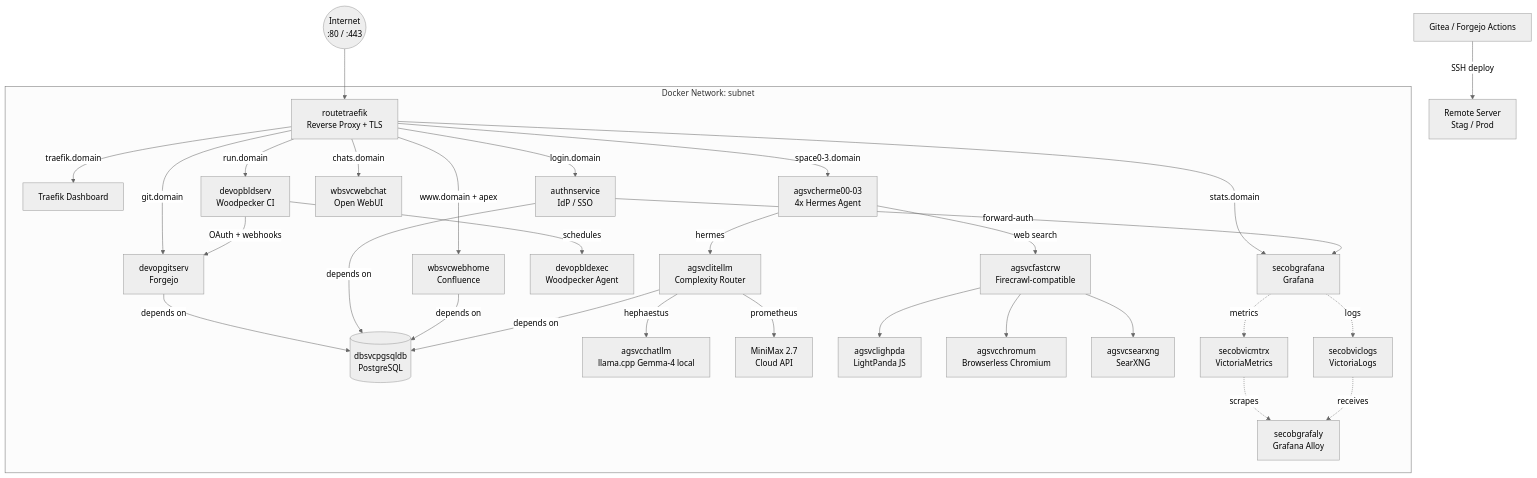
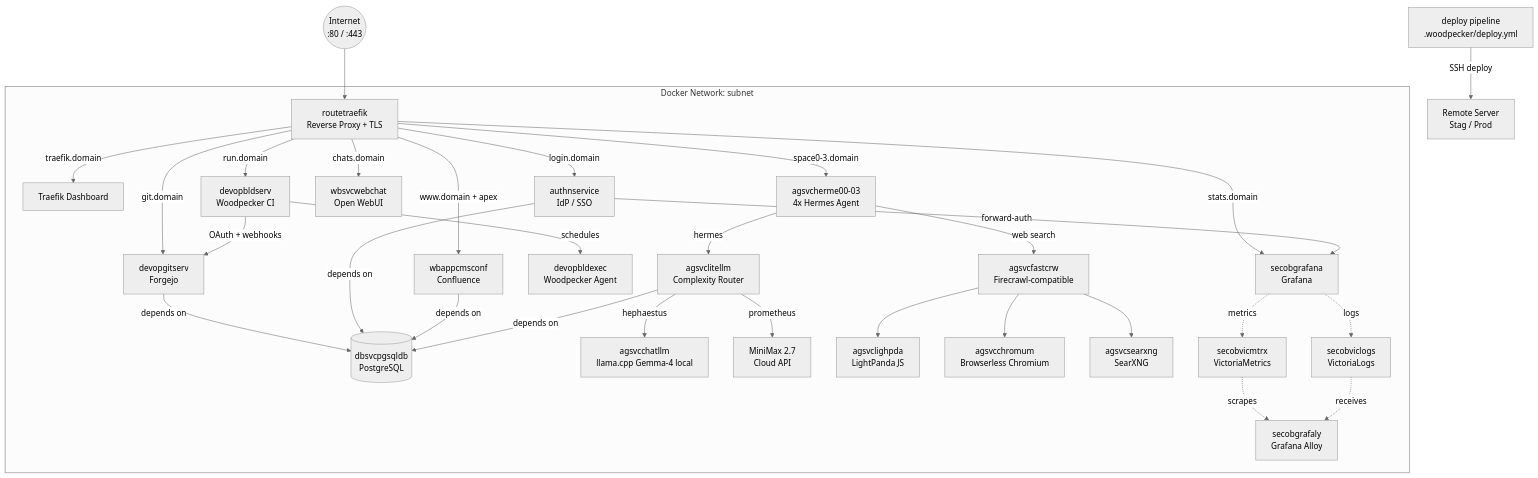
One commit to yongxinL/servicehub changed the first of 2 diagrams in README.md. Above: the diagram before and after it, drawn with Mermaid (neutral theme). The commit also changed other lines of this file and 24 other files, not shown here.

First line of the commit message:
feat(wbapp,devop): add Woodpecker CI deploy and split homepage docs

````diff
--- a/README.md
+++ b/README.md
@@ -54,37 +52,37 @@
 ```mermaid
 graph TD
     Internet((Internet\n:80 / :443))
     Internet --> Traefik
 
     subgraph subnet[Docker Network: subnet]
         Traefik[routetraefik\nReverse Proxy + TLS]
         Traefik -->|traefik.domain| Dashboard[Traefik Dashboard]
         Traefik -->|login.domain| Authentik[authnservice\nIdP / SSO]
         Traefik -->|git.domain| Forgejo[devopgitserv\nForgejo]
         Traefik -->|run.domain| Woodpecker[devopbldserv\nWoodpecker CI]
-        Traefik -->|www.domain + apex| Confluence[wbsvcwebhome\nConfluence]
+        Traefik -->|www.domain + apex| Confluence[wbappcmsconf\nConfluence]
         Traefik -->|chats.domain| OpenWebUI[wbsvcwebchat\nOpen WebUI]
         Traefik -->|space0-3.domain| Hermes[agsvcherme00-03\n4x Hermes Agent]
         Traefik -->|stats.domain| Grafana[secobgrafana\nGrafana]
         Authentik -->|forward-auth| Grafana
         Forgejo -->|depends on| PostgreSQL[(dbsvcpgsqldb\nPostgreSQL)]
         Authentik -->|depends on| PostgreSQL
         Confluence -->|depends on| PostgreSQL
         Woodpecker -->|OAuth + webhooks| Forgejo
         Woodpecker -->|schedules| Agent[devopbldexec\nWoodpecker Agent]
         Hermes -->|hermes| LiteLLM[agsvclitellm\nComplexity Router]
         LiteLLM -->|depends on| PostgreSQL
         LiteLLM -->|hephaestus| Gemma[agsvcchatllm\nllama.cpp Gemma-4 local]
         LiteLLM -->|prometheus| MiniMax[MiniMax 2.7\nCloud API]
         Hermes -->|web search| FastCRW[agsvcfastcrw\nFirecrawl-compatible]
         FastCRW --> LightPanda[agsvclighpda\nLightPanda JS]
         FastCRW --> Chromium[agsvcchromum\nBrowserless Chromium]
         FastCRW --> SearXNG[agsvcsearxng\nSearXNG]
         Grafana -.->|metrics| VM[secobvicmtrx\nVictoriaMetrics]
         Grafana -.->|logs| VL[secobviclogs\nVictoriaLogs]
         VM -.->|scrapes| Alloy[secobgrafaly\nGrafana Alloy]
         VL -.->|receives| Alloy
     end
 
-    Actions[Gitea / Forgejo Actions] -->|SSH deploy| RemoteServer[Remote Server\nStag / Prod]
+    WPDeploy[deploy pipeline\n.woodpecker/deploy.yml] -->|SSH deploy| RemoteServer[Remote Server\nStag / Prod]
 ```
````
